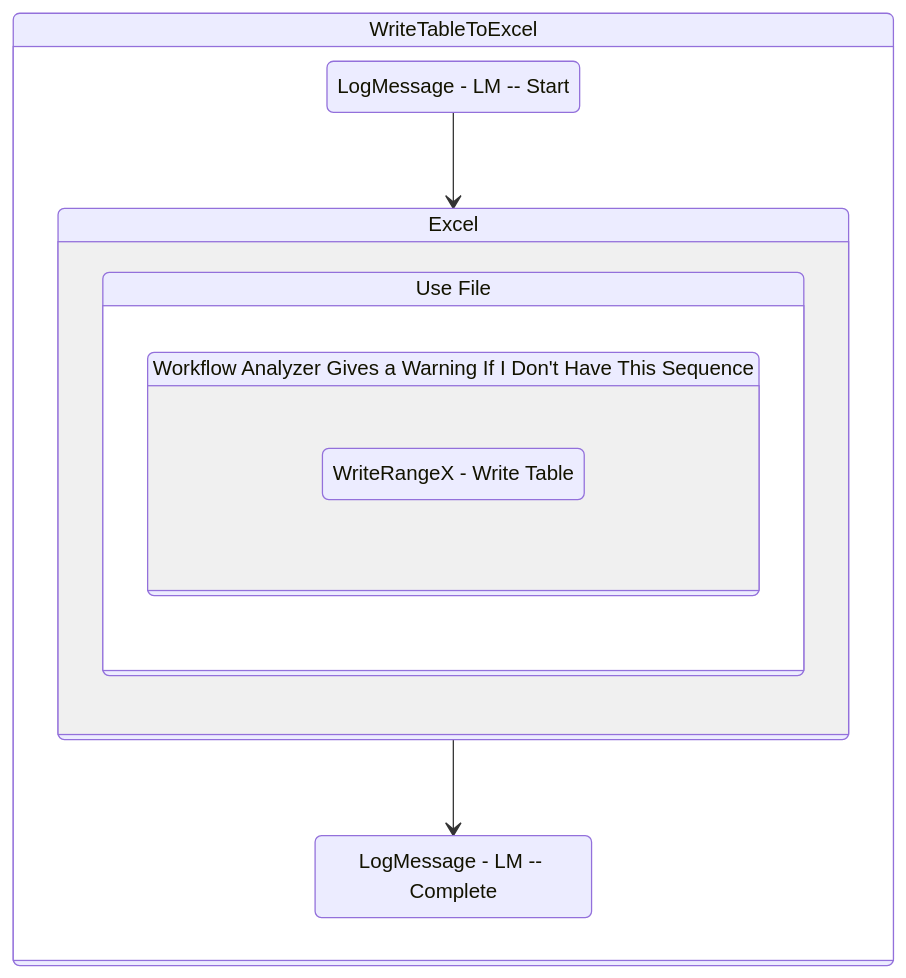
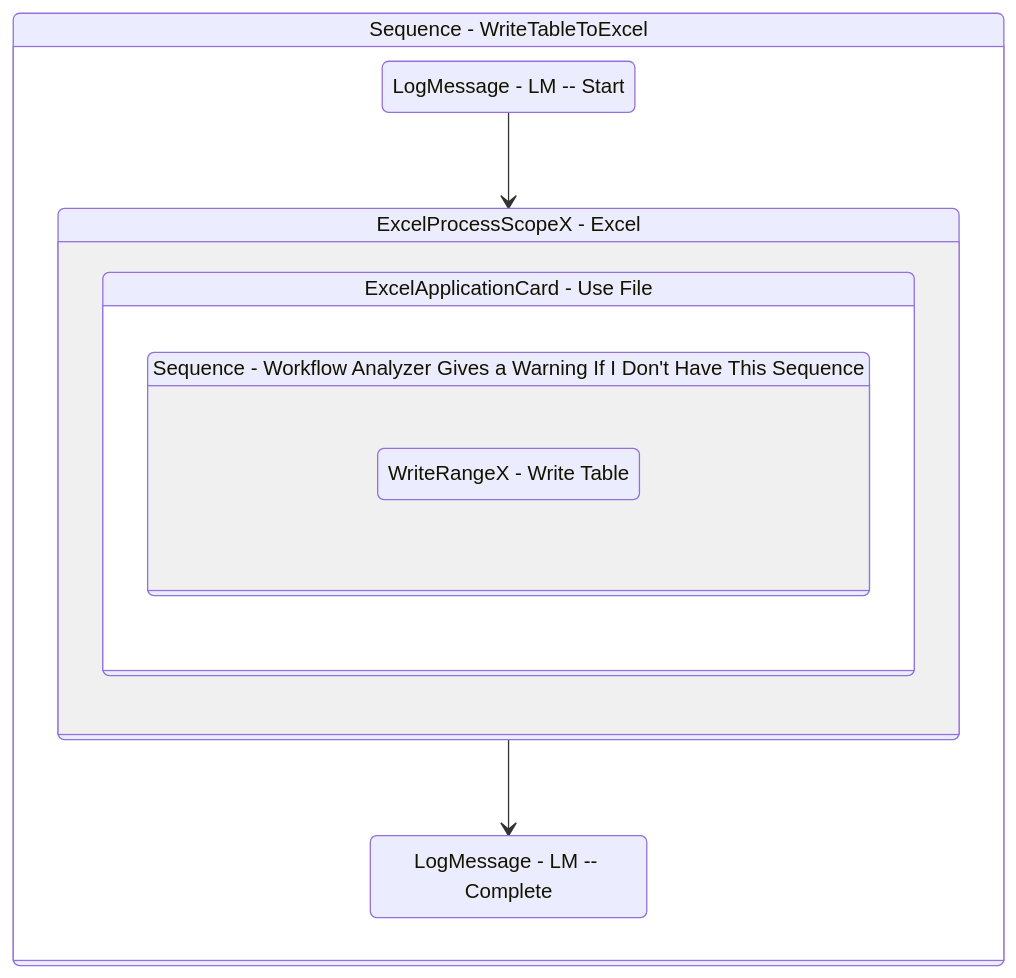
Before and after one commit to yashbrahmbhatt/LazyFramework: the diagram in Documentation/.templates/Reporters/Basic/Logic/WriteTableToExcel.md, drawn with Mermaid. The commit also changed 78 other files, not shown here.

````diff
--- a/Documentation/.templates/Reporters/Basic/Logic/WriteTableToExcel.md
+++ b/Documentation/.templates/Reporters/Basic/Logic/WriteTableToExcel.md
@@ -118,28 +118,28 @@
 ```mermaid
 stateDiagram-v2
 
 
-Sequence_1: WriteTableToExcel
+Sequence_1: Sequence - WriteTableToExcel
 state Sequence_1 {
 direction TB
 LogMessage_2 : LogMessage - LM -- Start
 LogMessage_2 --> ExcelProcessScopeX_1
-ExcelProcessScopeX_1: Excel
+ExcelProcessScopeX_1: ExcelProcessScopeX - Excel
 state ExcelProcessScopeX_1 {
 direction TB
 
-ExcelApplicationCard_1: Use File
+ExcelApplicationCard_1: ExcelApplicationCard - Use File
 state ExcelApplicationCard_1 {
 direction TB
 
-Sequence_2: Workflow Analyzer Gives a Warning If I Don't Have This Sequence
+Sequence_2: Sequence - Workflow Analyzer Gives a Warning If I Don't Have This Sequence
 state Sequence_2 {
 direction TB
 WriteRangeX_2 : WriteRangeX - Write Table
 }
 }
 }
 LogMessage_1 : LogMessage - LM -- Complete
 ExcelProcessScopeX_1 --> LogMessage_1
 }
 ```
````
